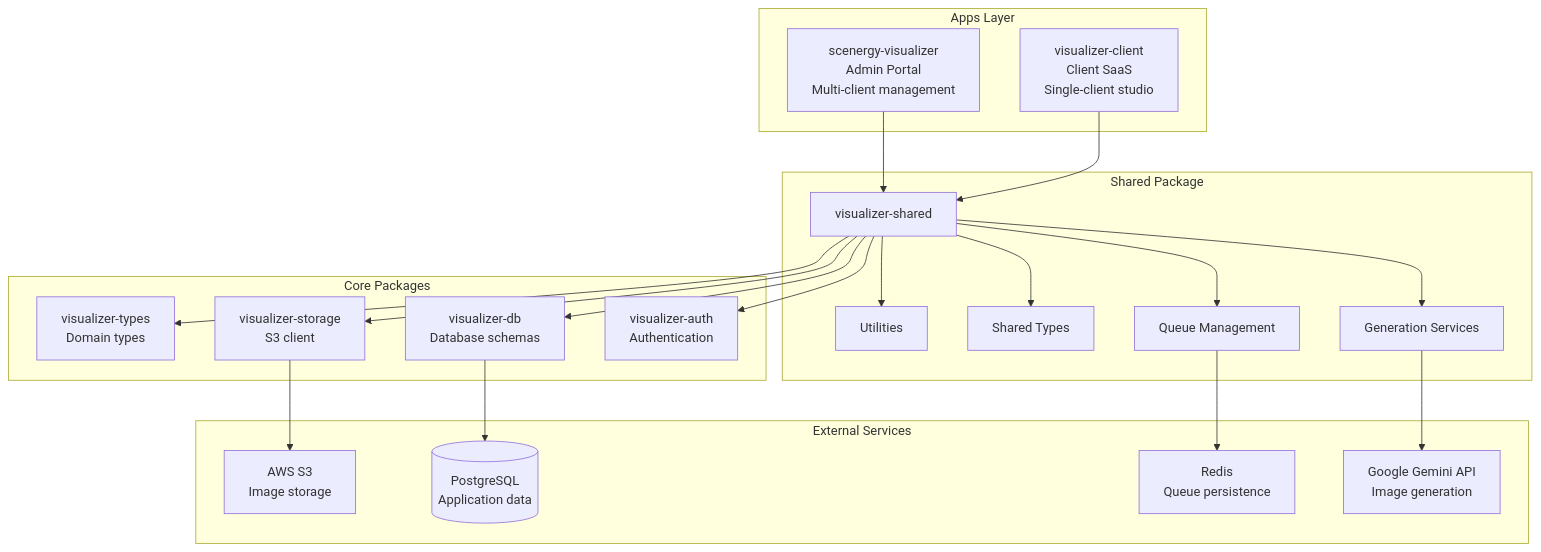
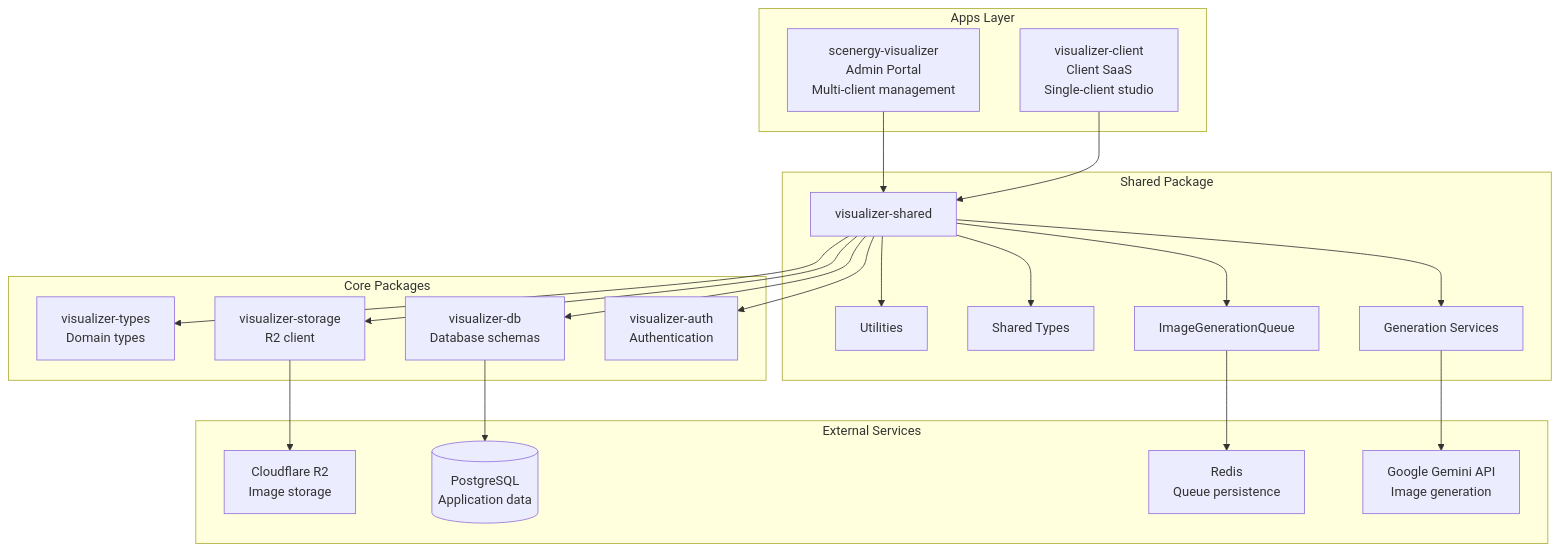
The first of 2 diagrams in apps/scenergy-visualizer/design-log/001-architecture-infrastructure.md (shlior7/epox-monorepo), drawn with Mermaid before and after one commit. The commit also changed other lines of this file and 8 other files, not shown here.

````diff
--- a/apps/scenergy-visualizer/design-log/001-architecture-infrastructure.md
+++ b/apps/scenergy-visualizer/design-log/001-architecture-infrastructure.md
@@ -74,41 +95,41 @@
 ```mermaid
 graph TB
     subgraph "Apps Layer"
         AdminApp[scenergy-visualizer<br/>Admin Portal<br/>Multi-client management]
         ClientApp[visualizer-client<br/>Client SaaS<br/>Single-client studio]
     end
 
     subgraph "Shared Package"
         SharedPkg[visualizer-shared]
         SharedPkg --> Services[Generation Services]
-        SharedPkg --> Queue[Queue Management]
+        SharedPkg --> Queue[ImageGenerationQueue]
         SharedPkg --> Types[Shared Types]
         SharedPkg --> Utils[Utilities]
     end
 
     subgraph "Core Packages"
         Auth[visualizer-auth<br/>Authentication]
         DB[visualizer-db<br/>Database schemas]
-        Storage[visualizer-storage<br/>S3 client]
+        Storage[visualizer-storage<br/>R2 client]
         VisualizerTypes[visualizer-types<br/>Domain types]
     end
 
     subgraph "External Services"
         Gemini[Google Gemini API<br/>Image generation]
-        S3[AWS S3<br/>Image storage]
+        R2[Cloudflare R2<br/>Image storage]
         Redis[Redis<br/>Queue persistence]
         Postgres[(PostgreSQL<br/>Application data)]
     end
 
     AdminApp --> SharedPkg
     ClientApp --> SharedPkg
     SharedPkg --> Auth
     SharedPkg --> DB
     SharedPkg --> Storage
     SharedPkg --> VisualizerTypes
 
     Services --> Gemini
-    Storage --> S3
+    Storage --> R2
     Queue --> Redis
     DB --> Postgres
 ```
````
